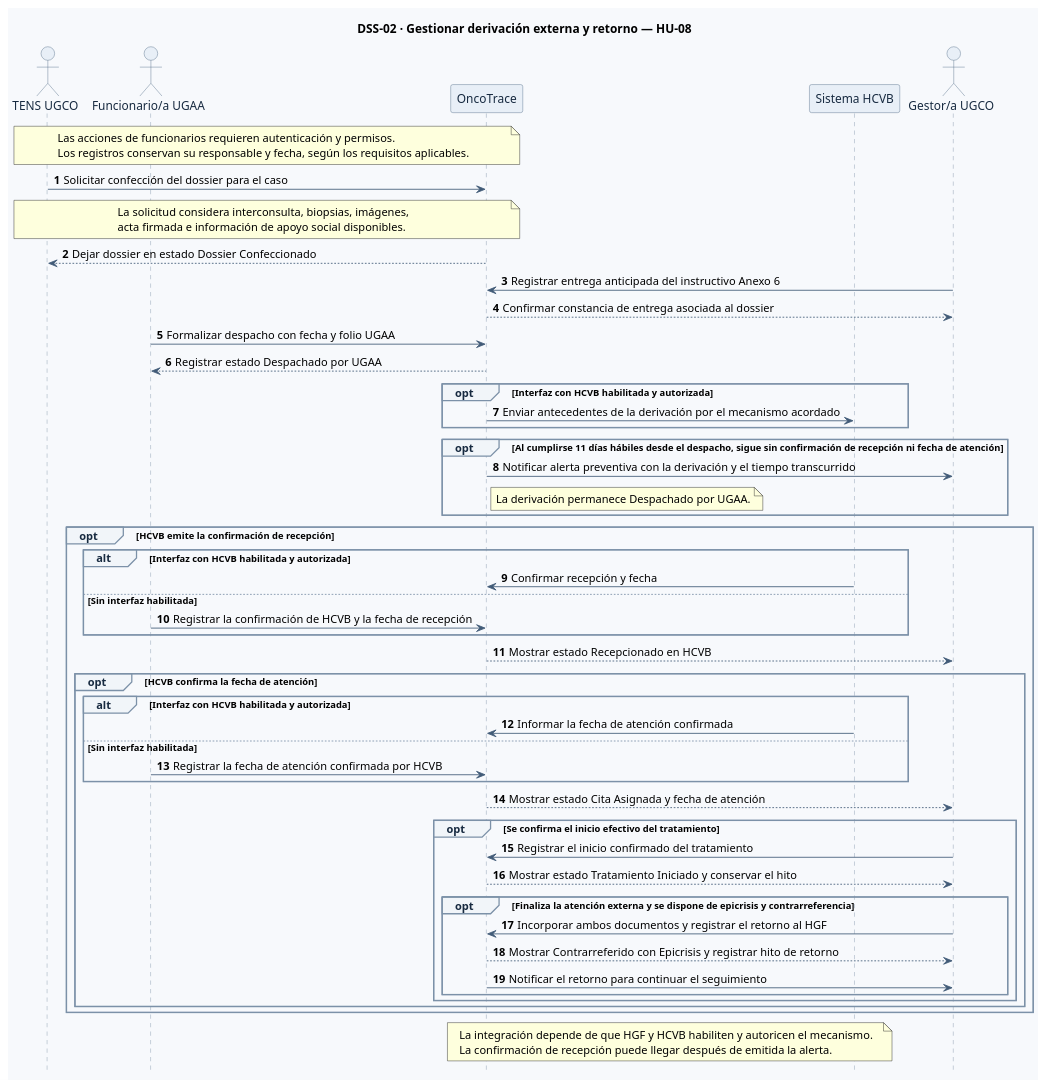
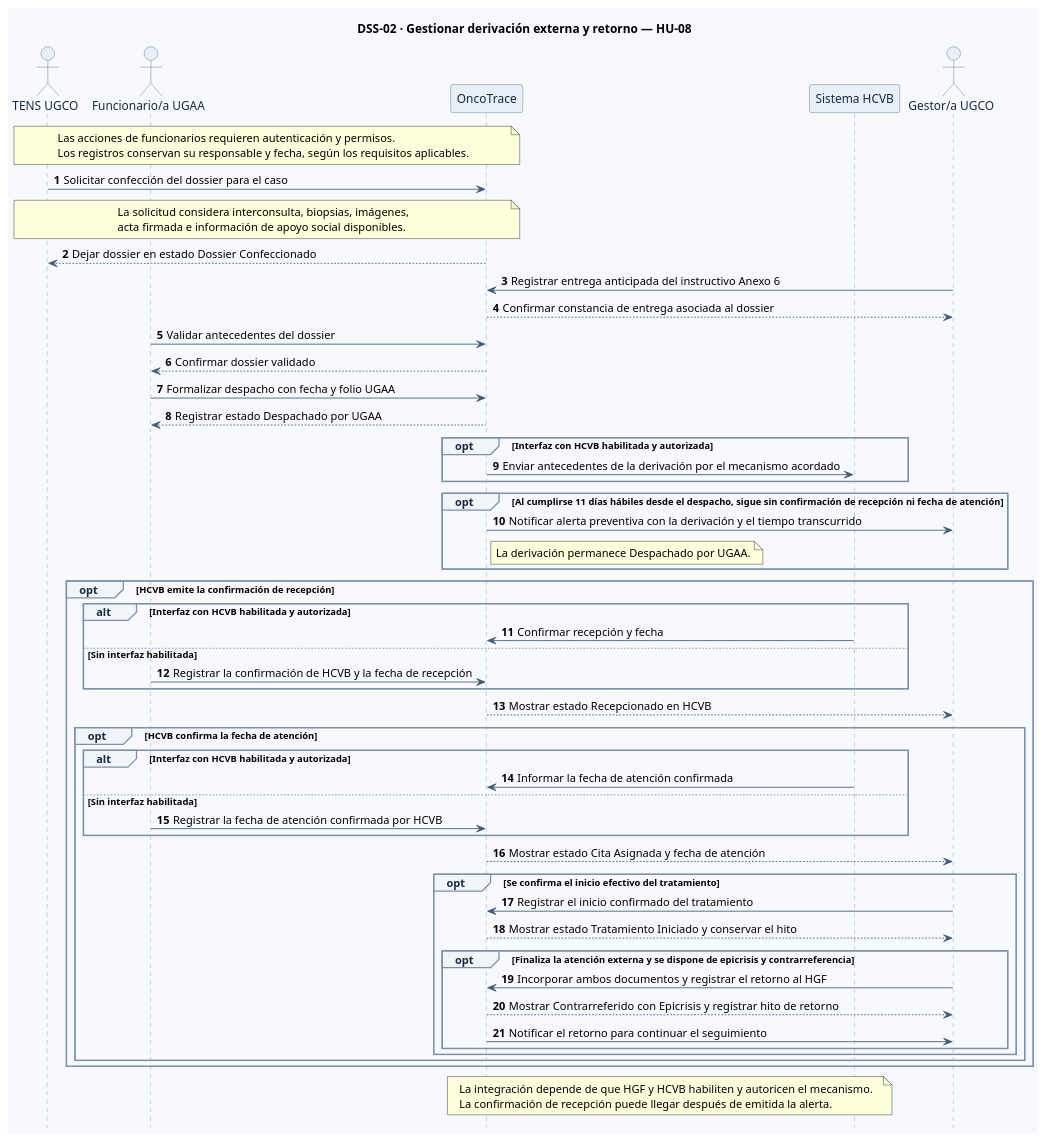
Before and after one commit to br1fz/OncoTrace: the second of 2 diagrams in diagramas/diagramas-secuencia.puml, drawn with PlantUML. The commit also changed 5 other files, not shown here.

```diff
--- a/diagramas/diagramas-secuencia.puml
+++ b/diagramas/diagramas-secuencia.puml
@@ -67,89 +67,91 @@
 @startuml DSS-02-HU-08
 hide footbox
 autonumber
 skinparam shadowing false
 skinparam backgroundColor #F7F9FC
 skinparam defaultFontName SansSerif
 skinparam sequence {
   ArrowColor #425B78
   LifeLineBorderColor #8295AA
   LifeLineBackgroundColor #F0F4F8
   ParticipantBorderColor #526B87
   ParticipantBackgroundColor #E8EFF7
   ParticipantFontColor #172A40
   ActorBorderColor #526B87
   ActorBackgroundColor #E8EFF7
   ActorFontColor #172A40
   BoxBorderColor #CBD5E1
   BoxBackgroundColor #F8FAFC
   GroupBorderColor #7C91A8
   GroupBackgroundColor #F1F5F9
   GroupHeaderFontColor #172A40
   ResponseMessageBelowArrow true
 }
 title DSS-02 · Gestionar derivación externa y retorno — HU-08
 actor "TENS UGCO" as TENS
 actor "Funcionario/a UGAA" as UGAA
 participant "OncoTrace" as OT
 participant "Sistema HCVB" as HCVB
 actor "Gestor/a UGCO" as Gestor
 
 note over TENS,OT
 Las acciones de funcionarios requieren autenticación y permisos.
 Los registros conservan su responsable y fecha, según los requisitos aplicables.
 end note
 
 TENS -> OT: Solicitar confección del dossier para el caso
 note over TENS,OT
 La solicitud considera interconsulta, biopsias, imágenes,
 acta firmada e información de apoyo social disponibles.
 end note
 OT --> TENS: Dejar dossier en estado Dossier Confeccionado
 Gestor -> OT: Registrar entrega anticipada del instructivo Anexo 6
 OT --> Gestor: Confirmar constancia de entrega asociada al dossier
+UGAA -> OT: Validar antecedentes del dossier
+OT --> UGAA: Confirmar dossier validado
 UGAA -> OT: Formalizar despacho con fecha y folio UGAA
 OT --> UGAA: Registrar estado Despachado por UGAA
 
 opt Interfaz con HCVB habilitada y autorizada
   OT -> HCVB: Enviar antecedentes de la derivación por el mecanismo acordado
 end
 
 opt Al cumplirse 11 días hábiles desde el despacho, sigue sin confirmación de recepción ni fecha de atención
   OT -> Gestor: Notificar alerta preventiva con la derivación y el tiempo transcurrido
   note right of OT: La derivación permanece Despachado por UGAA.
 end
 
 opt HCVB emite la confirmación de recepción
   alt Interfaz con HCVB habilitada y autorizada
     HCVB -> OT: Confirmar recepción y fecha
   else Sin interfaz habilitada
     UGAA -> OT: Registrar la confirmación de HCVB y la fecha de recepción
   end
   OT --> Gestor: Mostrar estado Recepcionado en HCVB
 
   opt HCVB confirma la fecha de atención
     alt Interfaz con HCVB habilitada y autorizada
       HCVB -> OT: Informar la fecha de atención confirmada
     else Sin interfaz habilitada
       UGAA -> OT: Registrar la fecha de atención confirmada por HCVB
     end
     OT --> Gestor: Mostrar estado Cita Asignada y fecha de atención
 
     opt Se confirma el inicio efectivo del tratamiento
       Gestor -> OT: Registrar el inicio confirmado del tratamiento
       OT --> Gestor: Mostrar estado Tratamiento Iniciado y conservar el hito
 
       opt Finaliza la atención externa y se dispone de epicrisis y contrarreferencia
         Gestor -> OT: Incorporar ambos documentos y registrar el retorno al HGF
         OT --> Gestor: Mostrar Contrarreferido con Epicrisis y registrar hito de retorno
         OT -> Gestor: Notificar el retorno para continuar el seguimiento
       end
     end
   end
 end
 
 note over OT,HCVB
 La integración depende de que HGF y HCVB habiliten y autoricen el mecanismo.
 La confirmación de recepción puede llegar después de emitida la alerta.
 end note
 @enduml
```
